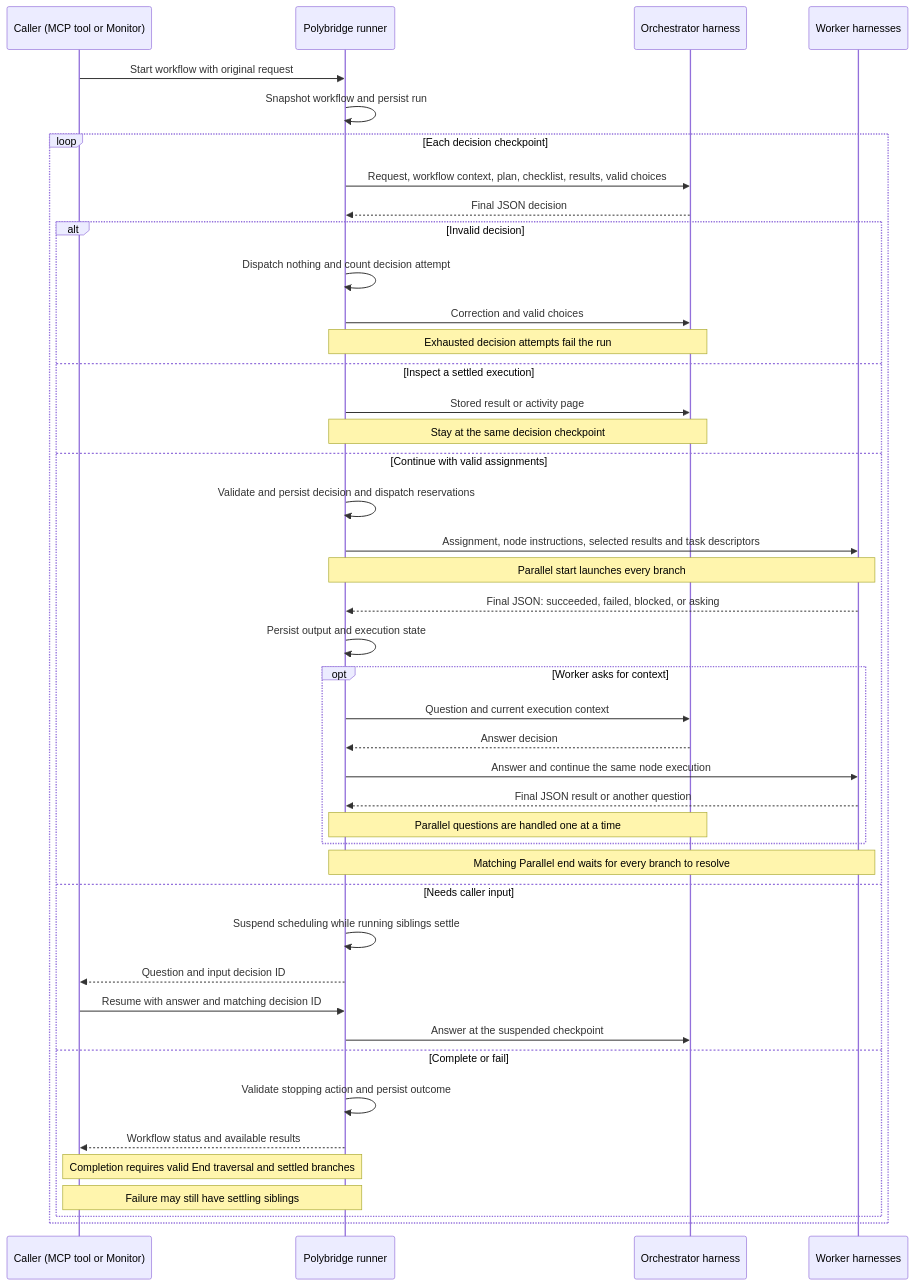
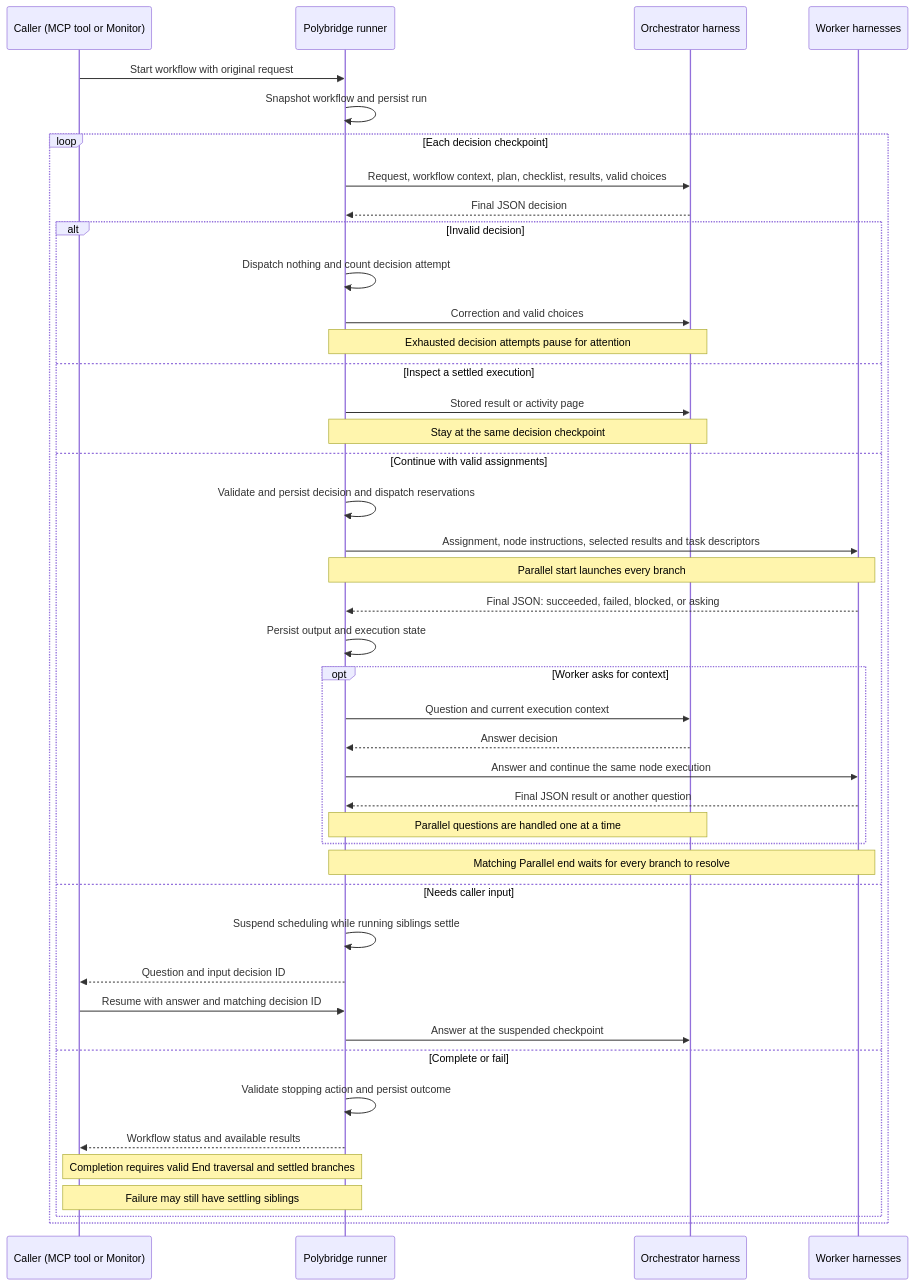
Before and after one commit to Harflow-Dev/HarflowMCP: the first of 3 diagrams in docs/workflows.md, drawn with Mermaid. The commit also changed other lines of this file and 15 other files, not shown here.

````diff
--- a/docs/workflows.md
+++ b/docs/workflows.md
@@ -14,46 +14,46 @@
 ```mermaid
 sequenceDiagram
     participant Caller as Caller (MCP tool or Monitor)
     participant Runner as Polybridge runner
     participant Orchestrator as Orchestrator harness
     participant Worker as Worker harnesses
 
     Caller->>Runner: Start workflow with original request
     Runner->>Runner: Snapshot workflow and persist run
     loop Each decision checkpoint
         Runner->>Orchestrator: Request, workflow context, plan, checklist, results, valid choices
         Orchestrator-->>Runner: Final JSON decision
         alt Invalid decision
             Runner->>Runner: Dispatch nothing and count decision attempt
             Runner->>Orchestrator: Correction and valid choices
-            Note over Runner,Orchestrator: Exhausted decision attempts fail the run
+            Note over Runner,Orchestrator: Exhausted decision attempts pause for attention
         else Inspect a settled execution
             Runner->>Orchestrator: Stored result or activity page
             Note over Runner,Orchestrator: Stay at the same decision checkpoint
         else Continue with valid assignments
             Runner->>Runner: Validate and persist decision and dispatch reservations
             Runner->>Worker: Assignment, node instructions, selected results and task descriptors
             Note over Runner,Worker: Parallel start launches every branch
             Worker-->>Runner: Final JSON: succeeded, failed, blocked, or asking
             Runner->>Runner: Persist output and execution state
             opt Worker asks for context
                 Runner->>Orchestrator: Question and current execution context
                 Orchestrator-->>Runner: Answer decision
                 Runner->>Worker: Answer and continue the same node execution
                 Worker-->>Runner: Final JSON result or another question
                 Note over Runner,Orchestrator: Parallel questions are handled one at a time
             end
             Note over Runner,Worker: Matching Parallel end waits for every branch to resolve
         else Needs caller input
             Runner->>Runner: Suspend scheduling while running siblings settle
             Runner-->>Caller: Question and input decision ID
             Caller->>Runner: Resume with answer and matching decision ID
             Runner->>Orchestrator: Answer at the suspended checkpoint
         else Complete or fail
             Runner->>Runner: Validate stopping action and persist outcome
             Runner-->>Caller: Workflow status and available results
             Note over Caller,Runner: Completion requires valid End traversal and settled branches
             Note over Caller,Runner: Failure may still have settling siblings
         end
     end
 ```
````
